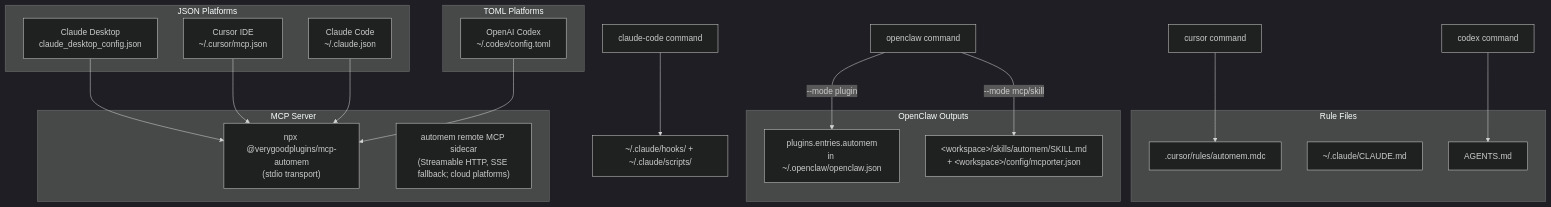
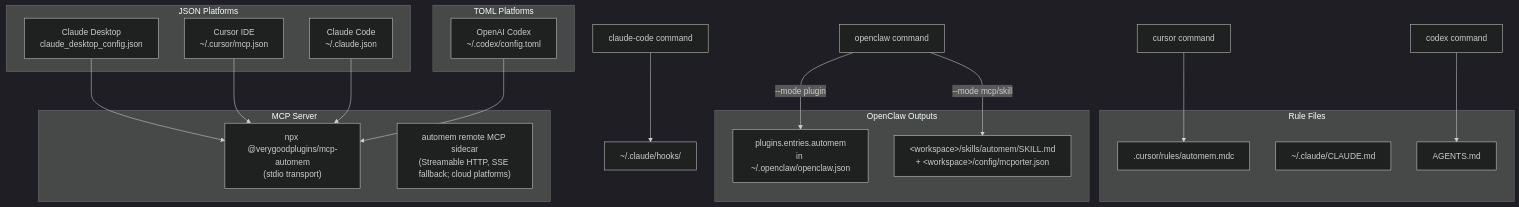
The diagram in src/content/docs/docs/cli/platform-installers.md (verygoodplugins/automem-website), drawn with Mermaid (dark theme) before and after one commit. The commit also changed other lines of this file and 1 other file, not shown here.

Commit message:
docs: update platform installer guidance (#351)

````diff
--- a/src/content/docs/docs/cli/platform-installers.md
+++ b/src/content/docs/docs/cli/platform-installers.md
@@ -252,39 +256,39 @@
 ```mermaid
 graph TB
     subgraph "JSON Platforms"
         ClaudeDesktop["Claude Desktop<br/>claude_desktop_config.json"]
         CursorIDE["Cursor IDE<br/>~/.cursor/mcp.json"]
         ClaudeCode["Claude Code<br/>~/.claude.json"]
     end
 
     subgraph "TOML Platforms"
         Codex["OpenAI Codex<br/>~/.codex/config.toml"]
     end
 
     subgraph "Rule Files"
         CursorRules[".cursor/rules/automem.mdc"]
         ClaudeMD["~/.claude/CLAUDE.md"]
         AgentsMD["AGENTS.md"]
     end
 
     subgraph "OpenClaw Outputs"
         OpenClawPlugin["plugins.entries.automem<br/>in ~/.openclaw/openclaw.json"]
         OpenClawMCPFiles["&lt;workspace&gt;/skills/automem/SKILL.md<br/>+ &lt;workspace&gt;/config/mcporter.json"]
     end
 
     subgraph "MCP Server"
         NPX["npx @verygoodplugins/mcp-automem<br/>(stdio transport)"]
         SSE["automem remote MCP sidecar<br/>(Streamable HTTP, SSE fallback; cloud platforms)"]
     end
 
     ClaudeDesktop --> NPX
     CursorIDE --> NPX
     ClaudeCode --> NPX
     Codex --> NPX
 
     CursorInstaller["cursor command"] --> CursorRules
-    ClaudeCodeInstaller["claude-code command"] --> HookScripts["~/.claude/hooks/ + ~/.claude/scripts/"]
+    ClaudeCodeInstaller["claude-code command"] --> HookScripts["~/.claude/hooks/"]
     CodexInstaller["codex command"] --> AgentsMD
     OpenClawInstaller["openclaw command"] -->|"--mode plugin"| OpenClawPlugin
     OpenClawInstaller -->|"--mode mcp/skill"| OpenClawMCPFiles
 ```
````
